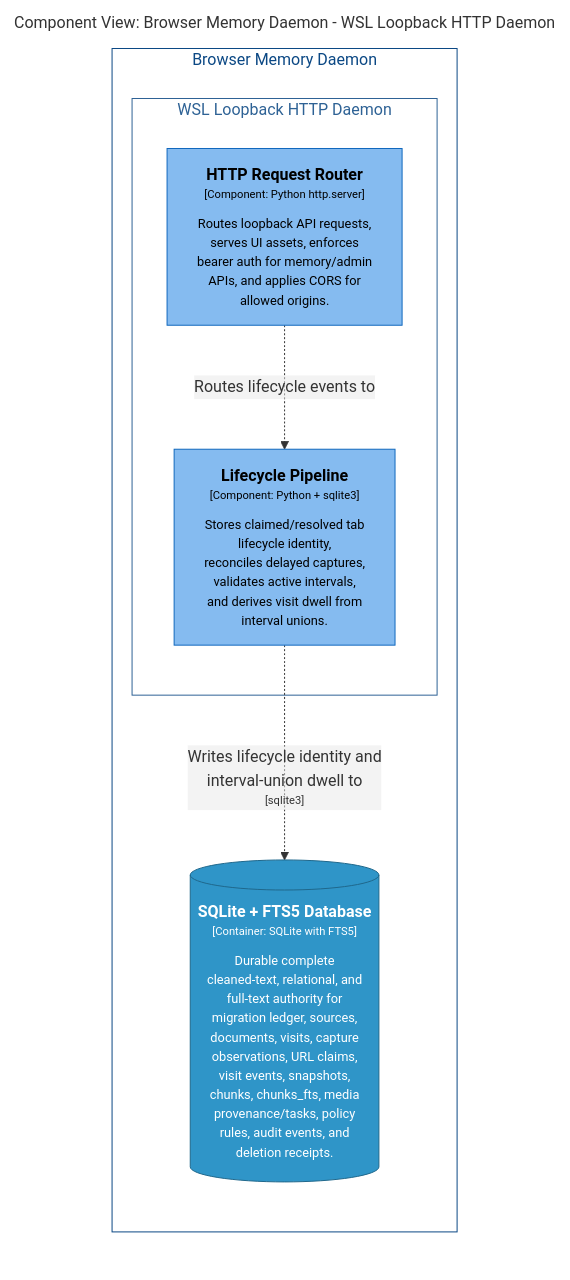
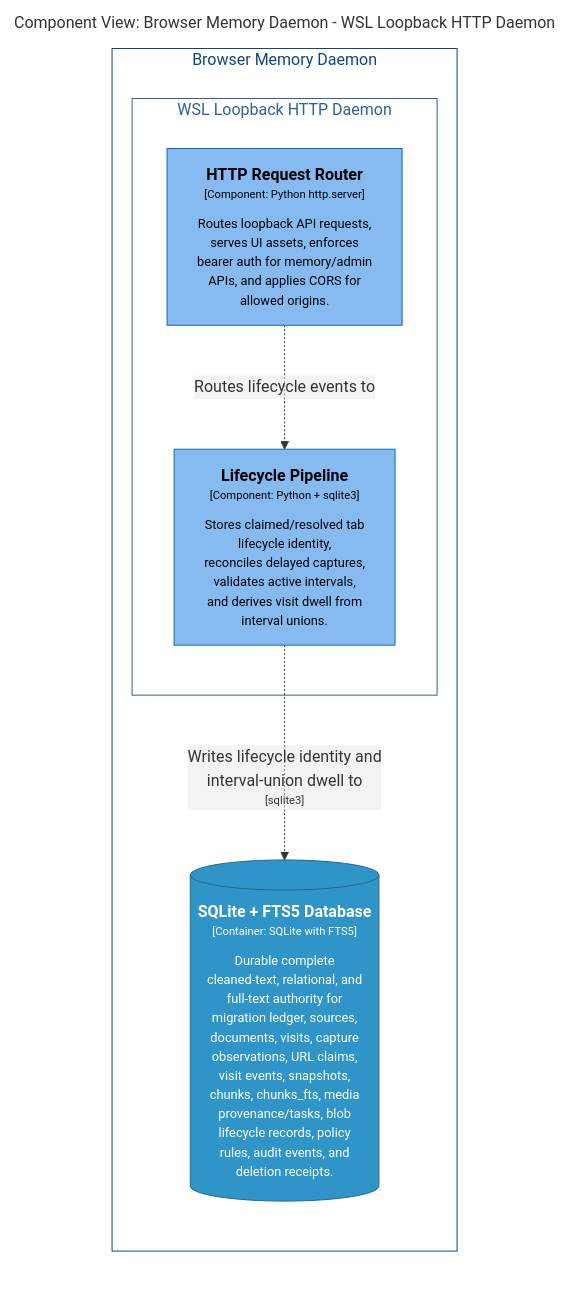
Before and after one commit to michaelnicks0/browser-memory-daemon: the diagram in docs/architecture/diagrams/markdown/DaemonLifecycleComponents.md, drawn with Mermaid. The commit also changed 201 other files, not shown here.

````diff
--- a/docs/architecture/diagrams/markdown/DaemonLifecycleComponents.md
+++ b/docs/architecture/diagrams/markdown/DaemonLifecycleComponents.md
@@ -16,28 +16,28 @@
 ```mermaid
 graph LR
   linkStyle default fill:#ffffff
 
   subgraph diagram ["Component View: Browser Memory Daemon - WSL Loopback HTTP Daemon"]
     style diagram fill:#ffffff,stroke:#ffffff
 
     subgraph 4 ["Browser Memory Daemon"]
       style 4 fill:#ffffff,stroke:#0b4884,color:#0b4884
 
       subgraph 14 ["WSL Loopback HTTP Daemon"]
         style 14 fill:#ffffff,stroke:#2e6295,color:#2e6295
 
         15["<div style='font-weight: bold'>HTTP Request Router</div><div style='font-size: 70%; margin-top: 0px'>[Component: Python http.server]</div><div style='font-size: 80%; margin-top:10px'>Routes loopback API requests,<br />serves UI assets, enforces<br />bearer auth for memory/admin<br />APIs, and applies CORS for<br />allowed origins.</div>"]
         style 15 fill:#85bbf0,stroke:#1168bd,color:#000000
         20["<div style='font-weight: bold'>Lifecycle Pipeline</div><div style='font-size: 70%; margin-top: 0px'>[Component: Python + sqlite3]</div><div style='font-size: 80%; margin-top:10px'>Stores claimed/resolved tab<br />lifecycle identity,<br />reconciles delayed captures,<br />validates active intervals,<br />and derives visit dwell from<br />interval unions.</div>"]
         style 20 fill:#85bbf0,stroke:#1168bd,color:#000000
       end
 
-      29[("<div style='font-weight: bold'>SQLite + FTS5 Database</div><div style='font-size: 70%; margin-top: 0px'>[Container: SQLite with FTS5]</div><div style='font-size: 80%; margin-top:10px'>Durable complete<br />cleaned-text, relational, and<br />full-text authority for<br />migration ledger, sources,<br />documents, visits, capture<br />observations, URL claims,<br />visit events, snapshots,<br />chunks, chunks_fts, media<br />provenance/tasks, policy<br />rules, audit events, and<br />deletion receipts.</div>")]
-      style 29 fill:#2f95c8,stroke:#20688c,color:#ffffff
+      30[("<div style='font-weight: bold'>SQLite + FTS5 Database</div><div style='font-size: 70%; margin-top: 0px'>[Container: SQLite with FTS5]</div><div style='font-size: 80%; margin-top:10px'>Durable complete<br />cleaned-text, relational, and<br />full-text authority for<br />migration ledger, sources,<br />documents, visits, capture<br />observations, URL claims,<br />visit events, snapshots,<br />chunks, chunks_fts, media<br />provenance/tasks, blob<br />lifecycle records, policy<br />rules, audit events, and<br />deletion receipts.</div>")]
+      style 30 fill:#2f95c8,stroke:#20688c,color:#ffffff
     end
 
     15-. "<div>Routes lifecycle events to</div><div style='font-size: 70%'></div>" .->20
-    20-. "<div>Writes lifecycle identity and<br />interval-union dwell to</div><div style='font-size: 70%'>[sqlite3]</div>" .->29
+    20-. "<div>Writes lifecycle identity and<br />interval-union dwell to</div><div style='font-size: 70%'>[sqlite3]</div>" .->30
 
   end
 ```
````
